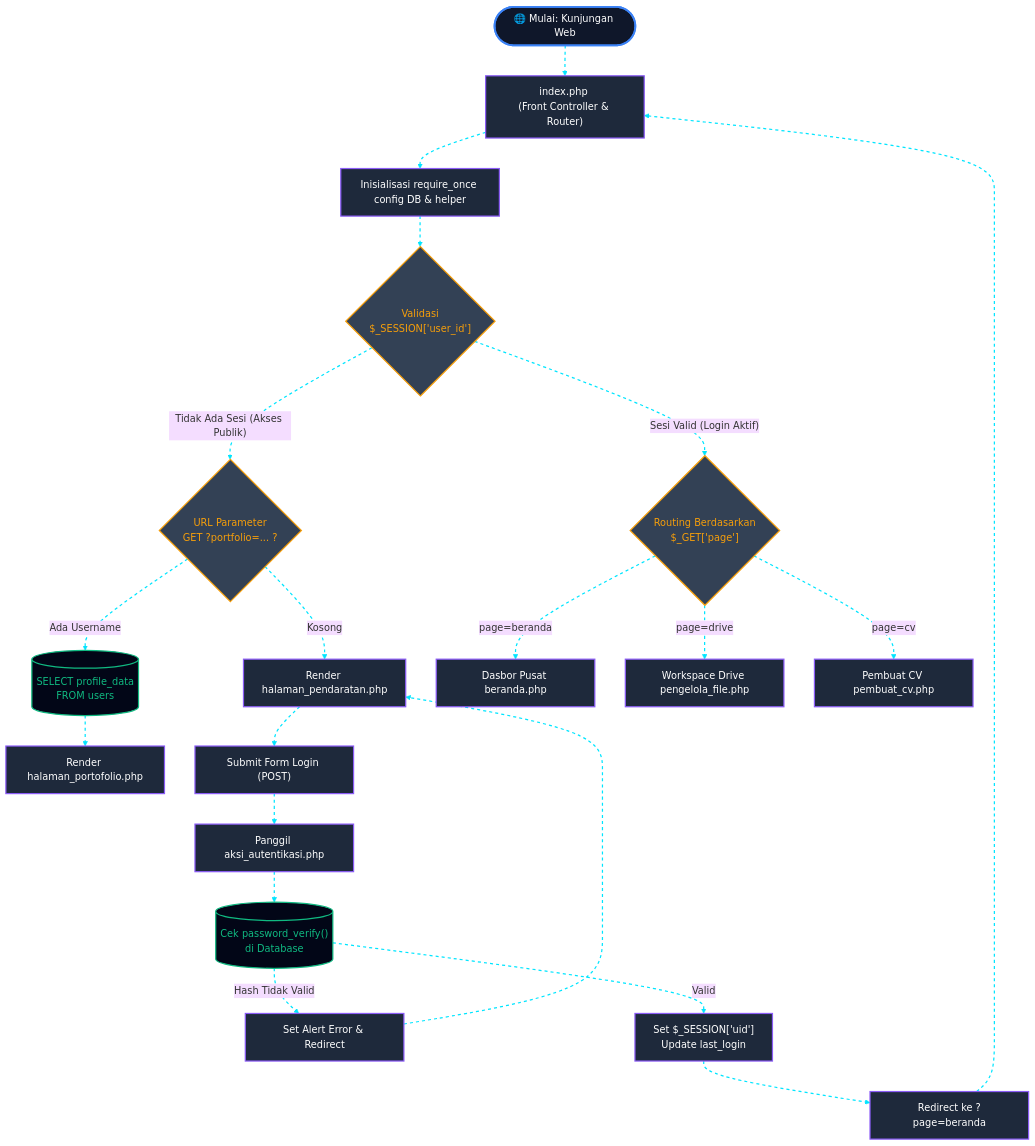
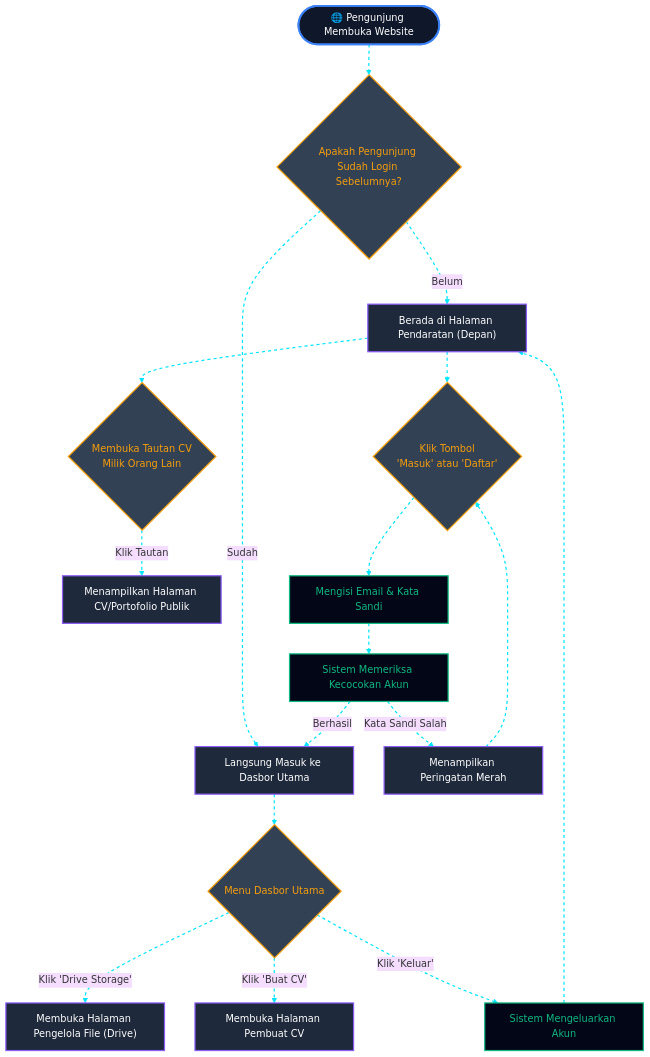
One commit to alfaragatak87/alfatih-digital-workspace changed the first of 3 diagrams in README.md. Above: the diagram before and after it, drawn with Mermaid (base theme). The commit also changed other lines of this file, not shown here.

````diff
--- a/README.md
+++ b/README.md
@@ -65,38 +63,36 @@
 ```mermaid
 flowchart TD
-    %% Define Styles untuk Efek Cahaya / Neon
+    %% Gaya Desain Node Gelap & Bercahaya
     classDef startEnd fill:#0f172a,stroke:#3b82f6,stroke-width:3px,color:#fff,rx:10,ry:10;
-    classDef process fill:#1e293b,stroke:#8b5cf6,stroke-width:2px,color:#fff;
-    classDef db fill:#020617,stroke:#10b981,stroke-width:2px,color:#10b981,shape:cylinder;
-    classDef decision fill:#334155,stroke:#f59e0b,stroke-width:2px,color:#f59e0b,shape:diamond;
+    classDef page fill:#1e293b,stroke:#8b5cf6,stroke-width:2px,color:#fff;
+    classDef btn fill:#334155,stroke:#f59e0b,stroke-width:2px,color:#f59e0b,shape:diamond;
+    classDef process fill:#020617,stroke:#10b981,stroke-width:2px,color:#10b981;
+
+    Mulai(["🌐 Pengunjung Membuka Website"]):::startEnd --> CekStatus{"Apakah Pengunjung <br/>Sudah Login Sebelumnya?"}:::btn
     
-    Start(["🌐 Mulai: Kunjungan Web"]):::startEnd --> FrontController["index.php <br/>(Front Controller & Router)"]:::process
-    
-    FrontController --> Init["Inisialisasi require_once config DB & helper"]:::process
-    Init --> CheckSession{"Validasi <br/>$_SESSION['user_id']"}:::decision
+    CekStatus -- "Belum" --> HalamanDepan["Berada di Halaman Pendaratan (Depan)"]:::page
+    CekStatus -- "Sudah" --> Dasbor["Langsung Masuk ke Dasbor Utama"]:::page
     
     %% Alur Publik
-    CheckSession -- "Tidak Ada Sesi (Akses Publik)" --> CekParam{"URL Parameter <br/>GET ?portfolio=... ?"}:::decision
-    CekParam -- "Kosong" --> LandingPage["Render halaman_pendaratan.php"]:::process
-    CekParam -- "Ada Username" --> CekDBPorto[("SELECT profile_data <br/>FROM users")]:::db
-    CekDBPorto --> Portofolio["Render halaman_portofolio.php"]:::process
+    HalamanDepan --> TombolLihatCV{"Membuka Tautan CV <br/>Milik Orang Lain"}:::btn
+    TombolLihatCV -- "Klik Tautan" --> LihatCV["Menampilkan Halaman CV/Portofolio Publik"]:::page
     
-    %% Alur Autentikasi / Login
-    LandingPage --> FormAuth["Submit Form Login (POST)"]:::process
-    FormAuth --> AksiAuth["Panggil aksi_autentikasi.php"]:::process
-    AksiAuth --> CekPass[("Cek password_verify() <br/>di Database")]:::db
-    CekPass -- "Hash Tidak Valid" --> ErrorMSG["Set Alert Error & Redirect"]:::process
-    ErrorMSG --> LandingPage
-    CekPass -- "Valid" --> SetSession["Set $_SESSION['uid'] <br/> Update last_login"]:::process
-    SetSession --> RedirectDasbor["Redirect ke ?page=beranda"]:::process
-    RedirectDasbor --> FrontController
+    %% Alur Login / Daftar
+    HalamanDepan --> TombolMasuk{"Klik Tombol <br/>'Masuk' atau 'Daftar'"}:::btn
+    TombolMasuk --> IsiForm["Mengisi Email & Kata Sandi"]:::process
+    IsiForm --> CekData["Sistem Memeriksa Kecocokan Akun"]:::process
     
-    %% Alur Dasbor
-    CheckSession -- "Sesi Valid (Login Aktif)" --> RoutingDasbor{"Routing Berdasarkan <br/>$_GET['page']"}:::decision
-    RoutingDasbor -- "page=beranda" --> Dasbor["Dasbor Pusat beranda.php"]:::process
-    RoutingDasbor -- "page=drive" --> Workspace["Workspace Drive pengelola_file.php"]:::process
-    RoutingDasbor -- "page=cv" --> CVBuilder["Pembuat CV pembuat_cv.php"]:::process
+    CekData -- "Kata Sandi Salah" --> PesanGagal["Menampilkan Peringatan Merah"]:::page
+    PesanGagal --> TombolMasuk
     
-    %% Animasi Efek Cahaya / Energy Flow
+    CekData -- "Berhasil" --> Dasbor
+    
+    %% Alur Interaksi Dasbor
+    Dasbor --> PilihanDasbor{"Menu Dasbor Utama"}:::btn
+    PilihanDasbor -- "Klik 'Drive Storage'" --> KeDrive["Membuka Halaman Pengelola File (Drive)"]:::page
+    PilihanDasbor -- "Klik 'Buat CV'" --> KeCV["Membuka Halaman Pembuat CV"]:::page
+    PilihanDasbor -- "Klik 'Keluar'" --> Logout["Sistem Mengeluarkan Akun"]:::process
+    Logout --> HalamanDepan
+
     linkStyle default stroke:#00e5ff,stroke-width:2px,stroke-dasharray: 5 5,animation: dash 1s linear infinite;
 ```
````
